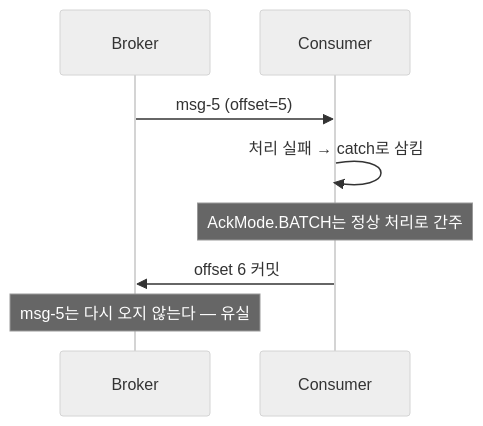
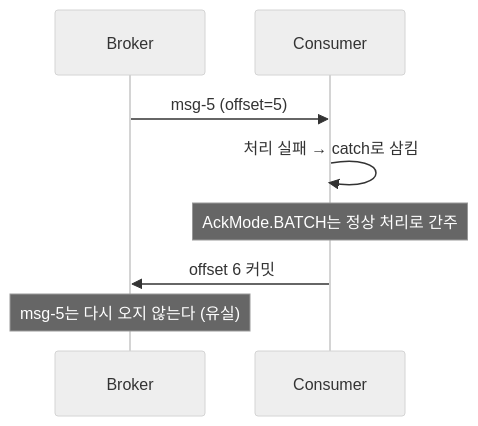
The first of 3 diagrams in docs/book/2-spring/02-consumer-offset.md (ghtjr410/kafka-lab), drawn with Mermaid (neutral theme) before and after one commit. The commit also changed other lines of this file and 2 other files, not shown here.

First line of the commit message:
docs: offset 커밋-흐름 다이어그램 3장 + 05 §5.1 재구조화

````diff
--- a/docs/book/2-spring/02-consumer-offset.md
+++ b/docs/book/2-spring/02-consumer-offset.md
@@ -44,10 +44,10 @@
 ```mermaid
 sequenceDiagram
     participant K as Broker
     participant C as Consumer
     K->>C: msg-5 (offset=5)
     C->>C: 처리 실패 → catch로 삼킴
     Note over C: AckMode.BATCH는 정상 처리로 간주
     C->>K: offset 6 커밋
-    Note over K: msg-5는 다시 오지 않는다 — 유실
+    Note over K: msg-5는 다시 오지 않는다 (유실)
 ```
````
